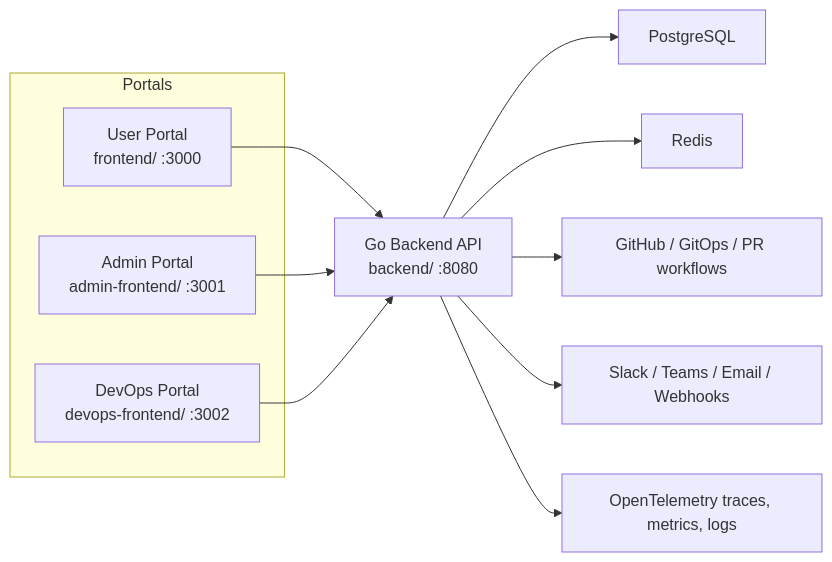
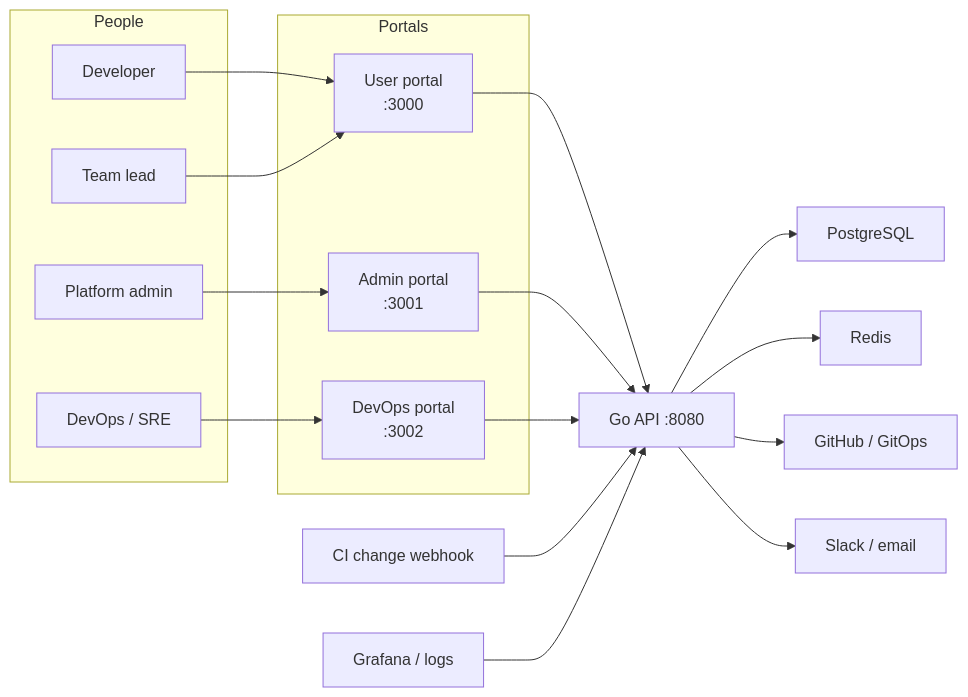
Before and after one commit to shashank3656/devops_project: the diagram in README.md, drawn with Mermaid. The commit also changed other lines of this file and 23 other files, not shown here.

````diff
--- a/README.md
+++ b/README.md
@@ -120,25 +38,37 @@
 ```mermaid
 flowchart LR
-    subgraph Portals
-        User["User Portal<br/>frontend/ :3000"]
-        Admin["Admin Portal<br/>admin-frontend/ :3001"]
-        DevOps["DevOps Portal<br/>devops-frontend/ :3002"]
+    subgraph People
+        Dev["Developer"]
+        Lead["Team lead"]
+        Admin["Platform admin"]
+        Ops["DevOps / SRE"]
     end
 
-    API["Go Backend API<br/>backend/ :8080"]
+    subgraph Portals
+        User["User portal<br/>:3000"]
+        Adm["Admin portal<br/>:3001"]
+        DevOps["DevOps portal<br/>:3002"]
+    end
+
+    API["Go API :8080"]
     DB["PostgreSQL"]
-    Cache["Redis"]
-    GitHub["GitHub / GitOps / PR workflows"]
-    Notify["Slack / Teams / Email / Webhooks"]
-    Telemetry["OpenTelemetry traces, metrics, logs"]
+    Redis["Redis"]
+    GH["GitHub / GitOps"]
+    CI["CI change webhook"]
+    Graf["Grafana / logs"]
+    Notify["Slack / email"]
 
+    Dev --> User
+    Lead --> User
+    Admin --> Adm
+    Ops --> DevOps
     User --> API
-    Admin --> API
+    Adm --> API
     DevOps --> API
-
     API --> DB
-    API --> Cache
-    API --> GitHub
+    API --> Redis
+    API --> GH
     API --> Notify
-    API --> Telemetry
+    CI --> API
+    Graf --> API
 ```
````
